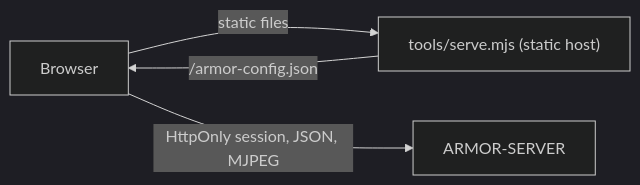
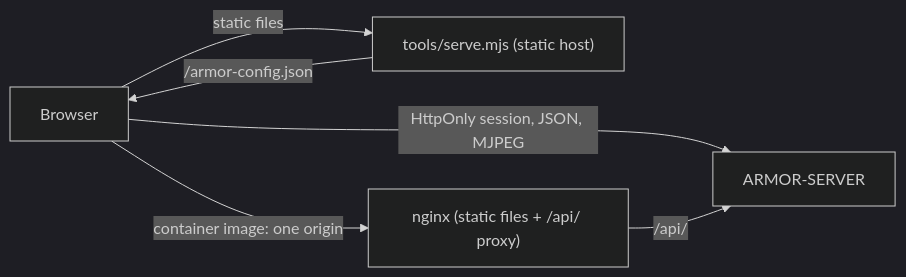
Before and after one commit to JuanenRac/ARMOR-STUDIO: the diagram in README.md, drawn with Mermaid (dark theme). The commit also changed other lines of this file and 101 other files, not shown here.

````diff
--- a/README.md
+++ b/README.md
@@ -82,6 +82,8 @@
 ```mermaid
 flowchart LR
     B["Browser"] -->|"static files"| H["tools/serve.mjs (static host)"]
     B -->|"HttpOnly session, JSON, MJPEG"| S["ARMOR-SERVER"]
     H -->|"/armor-config.json"| B
+    B -->|"container image: one origin"| N["nginx (static files + /api/ proxy)"]
+    N -->|"/api/"| S
 ```
````
